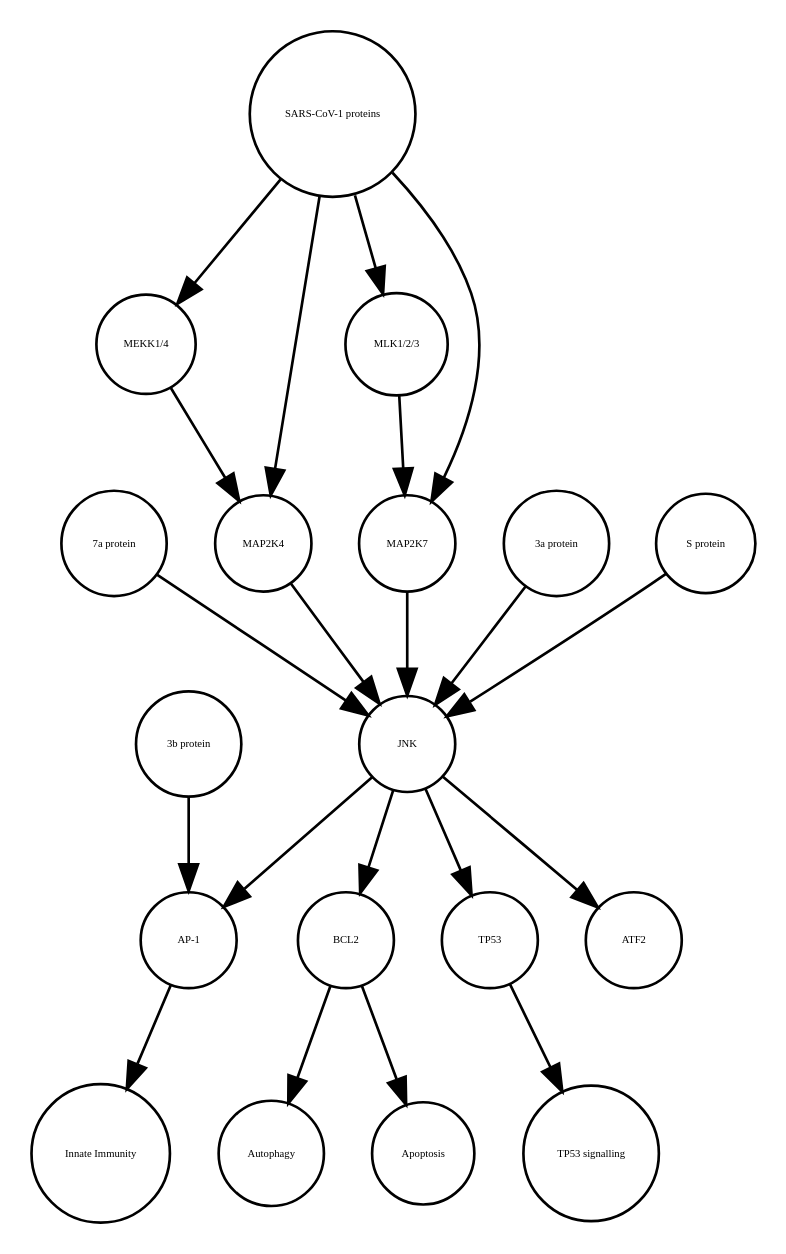
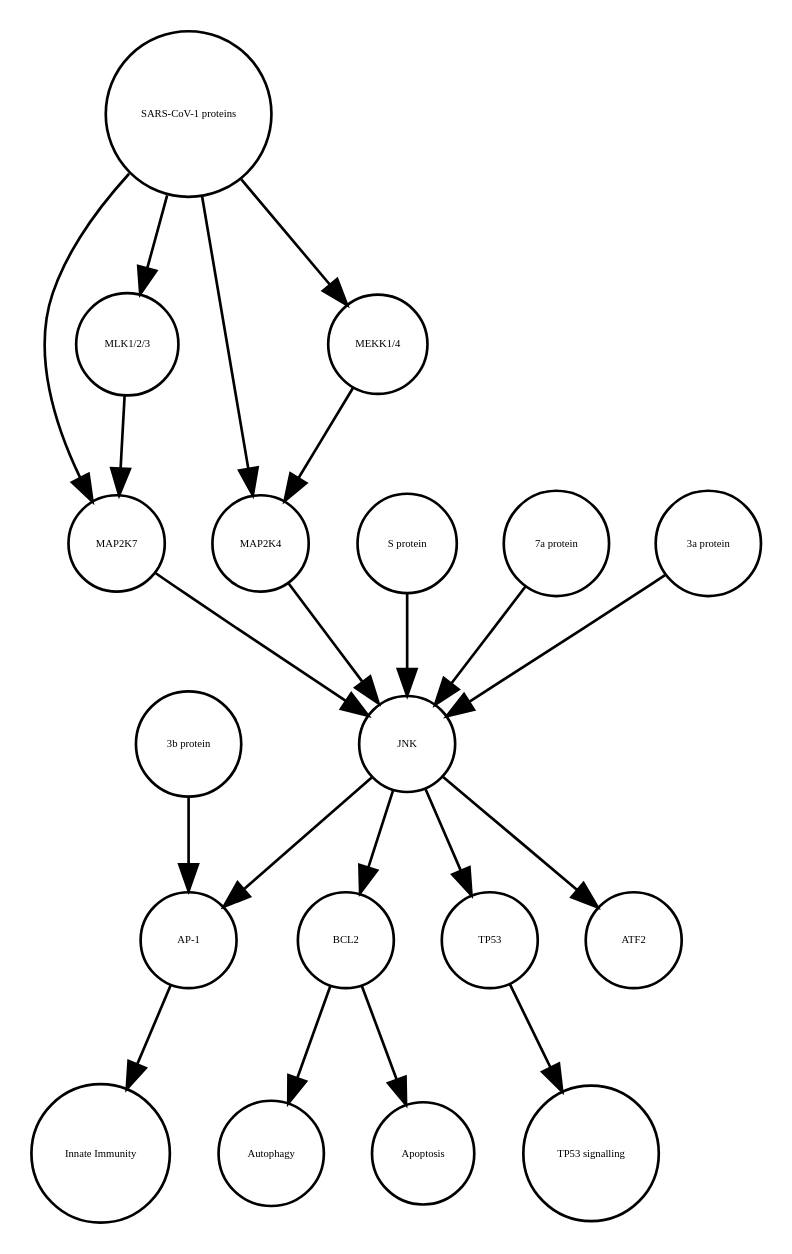
One commit to cannin/covid19-sbgn changed the diagram in JNK_pathway_v2.1.xml_projected.dot. Above: the diagram before and after it, drawn with Graphviz. The commit also changed other lines of this file and 564 other files, not shown here.

```diff
--- a/JNK_pathway_v2.1.xml_projected.dot
+++ b/JNK_pathway_v2.1.xml_projected.dot
@@ -1,40 +1,40 @@
 strict digraph  {
 BCL2 [annotation=urn_miriam_uniprot_P10415, bipartite=0, cls=macromolecule, fontsize=4, label=BCL2, shape=circle];
 Autophagy [annotation="", bipartite=0, cls=phenotype, fontsize=4, label=Autophagy, shape=circle];
 "AP-1" [annotation="", bipartite=0, cls=complex, fontsize=4, label="AP-1", shape=circle];
 "Innate Immunity" [annotation="", bipartite=0, cls=phenotype, fontsize=4, label="Innate Immunity", shape=circle];
 TP53 [annotation=urn_miriam_uniprot_P04637, bipartite=0, cls=macromolecule, fontsize=4, label=TP53, shape=circle];
 "TP53 signalling" [annotation="", bipartite=0, cls=phenotype, fontsize=4, label="TP53 signalling", shape=circle];
 Apoptosis [annotation="", bipartite=0, cls=phenotype, fontsize=4, label=Apoptosis, shape=circle];
-ATF2 [annotation=urn_miriam_uniprot_P15336, bipartite=0, cls=macromolecule, fontsize=4, label=ATF2, shape=circle];
-"MEKK1/4" [annotation="", bipartite=0, cls=complex, fontsize=4, label="MEKK1/4", shape=circle];
-"7a protein" [annotation="", bipartite=0, cls=macromolecule, fontsize=4, label="7a protein", shape=circle];
-MAP2K4 [annotation=urn_miriam_uniprot_P45985, bipartite=0, cls=macromolecule, fontsize=4, label=MAP2K4, shape=circle];
-"3b protein" [annotation="", bipartite=0, cls=macromolecule, fontsize=4, label="3b protein", shape=circle];
-"3a protein" [annotation="", bipartite=0, cls=macromolecule, fontsize=4, label="3a protein", shape=circle];
-"MLK1/2/3" [annotation="", bipartite=0, cls=complex, fontsize=4, label="MLK1/2/3", shape=circle];
-JNK [annotation="", bipartite=0, cls=complex, fontsize=4, label=JNK, shape=circle];
 MAP2K7 [annotation=urn_miriam_uniprot_O14733, bipartite=0, cls=macromolecule, fontsize=4, label=MAP2K7, shape=circle];
 "SARS-CoV-1 proteins" [annotation="", bipartite=0, cls=complex, fontsize=4, label="SARS-CoV-1 proteins", shape=circle];
 "S protein" [annotation="", bipartite=0, cls=macromolecule, fontsize=4, label="S protein", shape=circle];
+MAP2K4 [annotation=urn_miriam_uniprot_P45985, bipartite=0, cls=macromolecule, fontsize=4, label=MAP2K4, shape=circle];
+"3b protein" [annotation="", bipartite=0, cls=macromolecule, fontsize=4, label="3b protein", shape=circle];
+JNK [annotation="", bipartite=0, cls=complex, fontsize=4, label=JNK, shape=circle];
+"7a protein" [annotation="", bipartite=0, cls=macromolecule, fontsize=4, label="7a protein", shape=circle];
+ATF2 [annotation=urn_miriam_uniprot_P15336, bipartite=0, cls=macromolecule, fontsize=4, label=ATF2, shape=circle];
+"MEKK1/4" [annotation="", bipartite=0, cls=complex, fontsize=4, label="MEKK1/4", shape=circle];
+"3a protein" [annotation="", bipartite=0, cls=macromolecule, fontsize=4, label="3a protein", shape=circle];
+"MLK1/2/3" [annotation="", bipartite=0, cls=complex, fontsize=4, label="MLK1/2/3", shape=circle];
 BCL2 -> Autophagy  [annotation="", interaction_type="necessary stimulation"];
 BCL2 -> Apoptosis  [annotation="", interaction_type=inhibition];
 "AP-1" -> "Innate Immunity"  [annotation="", interaction_type="necessary stimulation"];
 TP53 -> "TP53 signalling"  [annotation="", interaction_type="necessary stimulation"];
-"MEKK1/4" -> MAP2K4  [annotation="urn_miriam_pubmed_31226023|urn_miriam_taxonomy_694009", interaction_type=stimulation];
-"7a protein" -> JNK  [annotation=urn_miriam_pubmed_17141229, interaction_type=stimulation];
+MAP2K7 -> JNK  [annotation=urn_miriam_pubmed_17141229, interaction_type=stimulation];
+"SARS-CoV-1 proteins" -> "MLK1/2/3"  [annotation="urn_miriam_taxonomy_694009|urn_miriam_pubmed_31226023", interaction_type=stimulation];
+"SARS-CoV-1 proteins" -> MAP2K4  [annotation="urn_miriam_pubmed_31226023|urn_miriam_taxonomy_694009", interaction_type=stimulation];
+"SARS-CoV-1 proteins" -> MAP2K7  [annotation="urn_miriam_pubmed_31226023|urn_miriam_taxonomy_694009", interaction_type=stimulation];
+"SARS-CoV-1 proteins" -> "MEKK1/4"  [annotation="urn_miriam_pubmed_31226023|urn_miriam_taxonomy_694009", interaction_type=stimulation];
+"S protein" -> JNK  [annotation=urn_miriam_pubmed_17267381, interaction_type=stimulation];
 MAP2K4 -> JNK  [annotation=urn_miriam_pubmed_17141229, interaction_type=stimulation];
 "3b protein" -> "AP-1"  [annotation=urn_miriam_pubmed_21561061, interaction_type=stimulation];
+JNK -> "AP-1"  [annotation=urn_miriam_pubmed_21561061, interaction_type=stimulation];
+JNK -> BCL2  [annotation=urn_miriam_pubmed_10567572, interaction_type=stimulation];
+JNK -> TP53  [annotation="", interaction_type=stimulation];
+JNK -> ATF2  [annotation="", interaction_type=stimulation];
+"7a protein" -> JNK  [annotation=urn_miriam_pubmed_17141229, interaction_type=stimulation];
+"MEKK1/4" -> MAP2K4  [annotation="urn_miriam_pubmed_31226023|urn_miriam_taxonomy_694009", interaction_type=stimulation];
 "3a protein" -> JNK  [annotation=urn_miriam_pubmed_17141229, interaction_type=stimulation];
 "MLK1/2/3" -> MAP2K7  [annotation="urn_miriam_pubmed_31226023|urn_miriam_taxonomy_694009", interaction_type=stimulation];
-JNK -> TP53  [annotation="", interaction_type=stimulation];
-JNK -> BCL2  [annotation=urn_miriam_pubmed_10567572, interaction_type=stimulation];
-JNK -> "AP-1"  [annotation=urn_miriam_pubmed_21561061, interaction_type=stimulation];
-JNK -> ATF2  [annotation="", interaction_type=stimulation];
-MAP2K7 -> JNK  [annotation=urn_miriam_pubmed_17141229, interaction_type=stimulation];
-"SARS-CoV-1 proteins" -> "MLK1/2/3"  [annotation="urn_miriam_taxonomy_694009|urn_miriam_pubmed_31226023", interaction_type=stimulation];
-"SARS-CoV-1 proteins" -> MAP2K7  [annotation="urn_miriam_pubmed_31226023|urn_miriam_taxonomy_694009", interaction_type=stimulation];
-"SARS-CoV-1 proteins" -> MAP2K4  [annotation="urn_miriam_pubmed_31226023|urn_miriam_taxonomy_694009", interaction_type=stimulation];
-"SARS-CoV-1 proteins" -> "MEKK1/4"  [annotation="urn_miriam_pubmed_31226023|urn_miriam_taxonomy_694009", interaction_type=stimulation];
-"S protein" -> JNK  [annotation=urn_miriam_pubmed_17267381, interaction_type=stimulation];
 }
```
